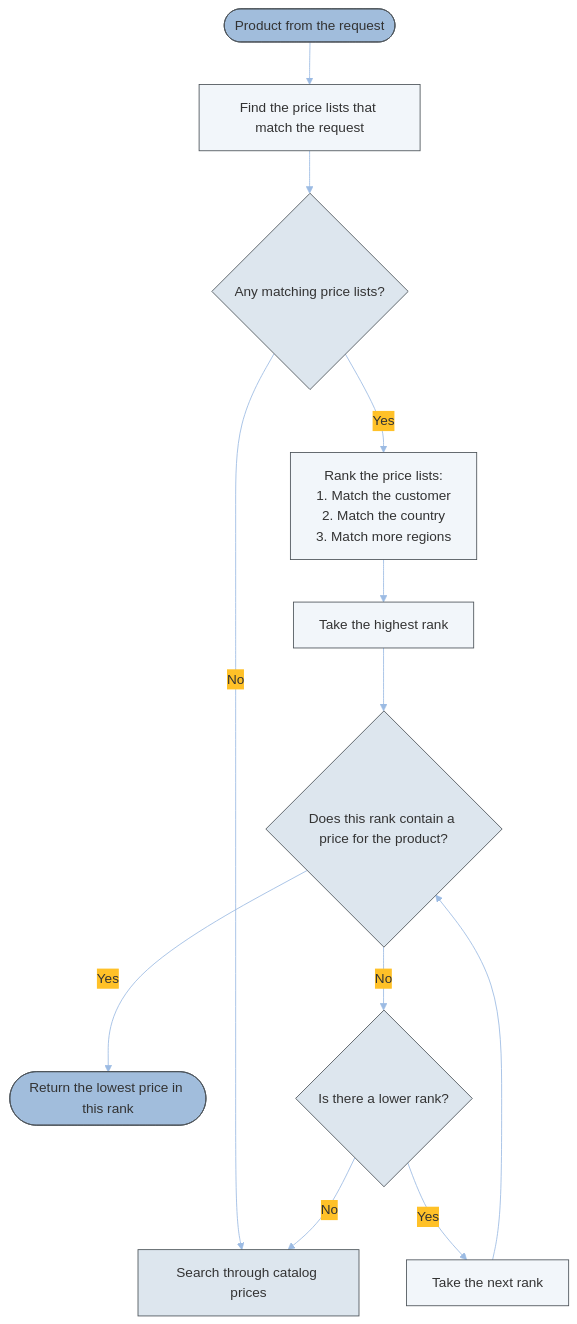
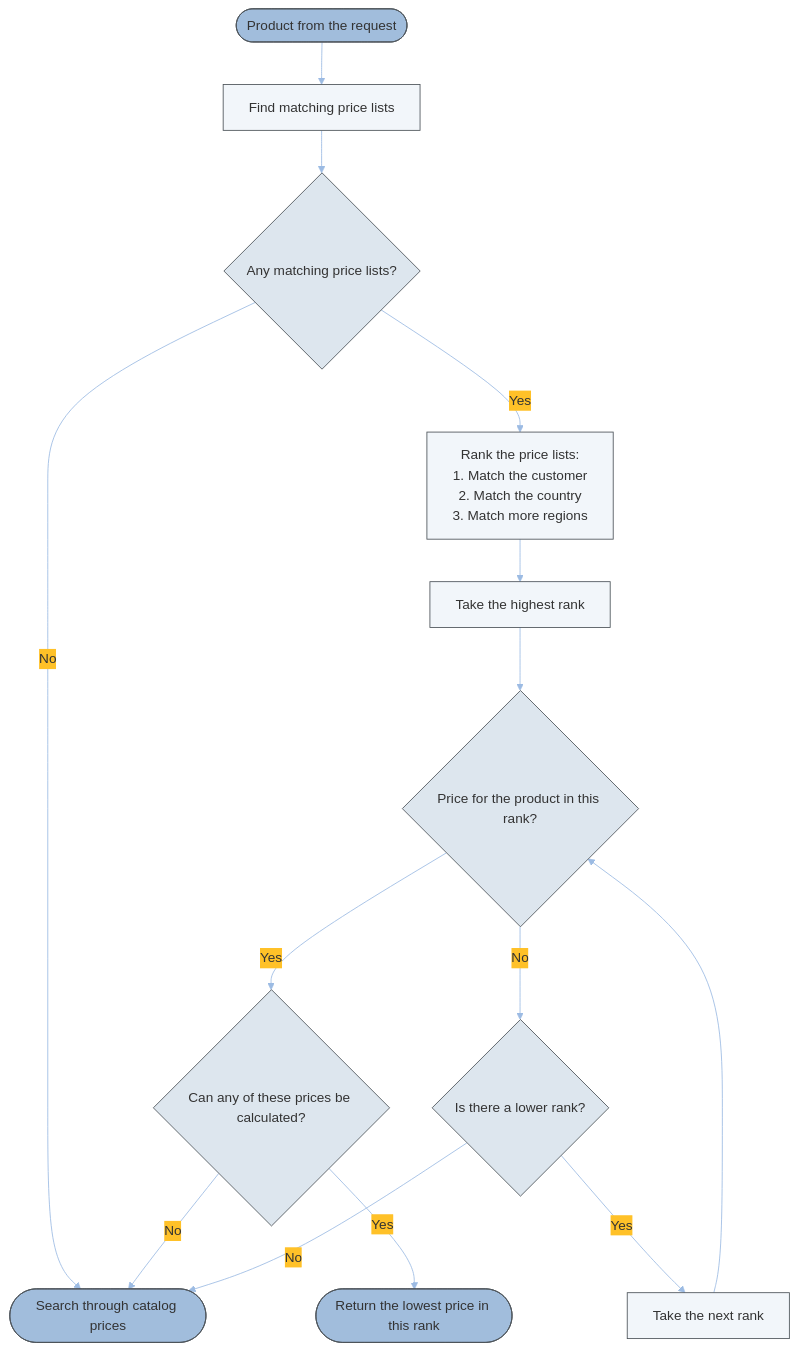
The diagram in prices-and-taxes/price-service/price.md (emporix/api-references), drawn with Mermaid before and after one commit. The commit also changed other lines of this file and 2 other files, not shown here.

````diff
--- a/prices-and-taxes/price-service/price.md
+++ b/prices-and-taxes/price-service/price.md
@@ -663,36 +667,39 @@
 ```mermaid
 ---
 config:
   layout: fixed
   theme: base
   look: classic
   themeVariables:
     background: transparent
     lineColor: "#9CBBE3"
     arrowheadColor: "#9CBBE3"
     edgeLabelBackground: "#FFC128"
     edgeLabelTextColor: "#4C5359"
 ---
 flowchart TD
-    START(["Product from the request"]) --> FIND["Find the price lists that match the request"]
+    START(["Product from the request"]) --> FIND["Find matching price lists"]
     FIND --> ANY{"Any matching price lists?"}
-    ANY -->|No| CATALOG["Search through catalog prices"]
+    ANY -->|No| CATALOG(["Search through catalog prices"])
     ANY -->|Yes| RANK["Rank the price lists:<br/>1. Match the customer<br/>2. Match the country<br/>3. Match more regions"]
     RANK --> TOP["Take the highest rank"]
-    TOP --> HAS{"Does this rank contain a price for the product?"}
-    HAS -->|Yes| LOWEST(["Return the lowest price in this rank"])
+    TOP --> HAS{"Price for the product in this rank?"}
+    HAS -->|Yes| CALC{"Can any of these prices be calculated?"}
+    CALC -->|Yes| LOWEST(["Return the lowest price in this rank"])
+    CALC -->|No| CATALOG
     HAS -->|No| MORE{"Is there a lower rank?"}
     MORE -->|Yes| NEXT["Take the next rank"]
     NEXT --> HAS
     MORE -->|No| CATALOG
     style START fill:#A1BDDC,stroke:#4C5359
     style LOWEST fill:#A1BDDC,stroke:#4C5359
+    style CATALOG fill:#A1BDDC,stroke:#4C5359
     style FIND fill:#F2F6FA,stroke:#4C5359
     style RANK fill:#F2F6FA,stroke:#4C5359
     style TOP fill:#F2F6FA,stroke:#4C5359
     style NEXT fill:#F2F6FA,stroke:#4C5359
-    style CATALOG fill:#DDE6EE,stroke:#4C5359
     style ANY fill:#DDE6EE,stroke:#4C5359
     style HAS fill:#DDE6EE,stroke:#4C5359
+    style CALC fill:#DDE6EE,stroke:#4C5359
     style MORE fill:#DDE6EE,stroke:#4C5359
 ```
````
